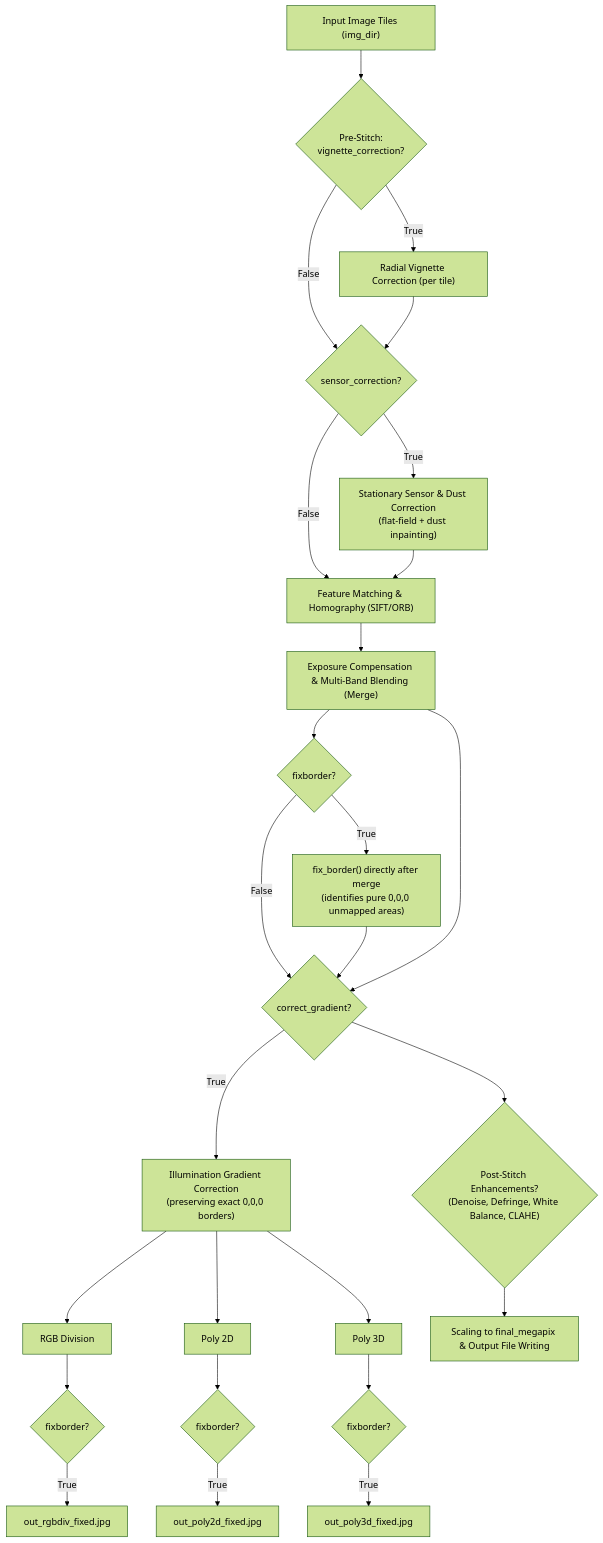
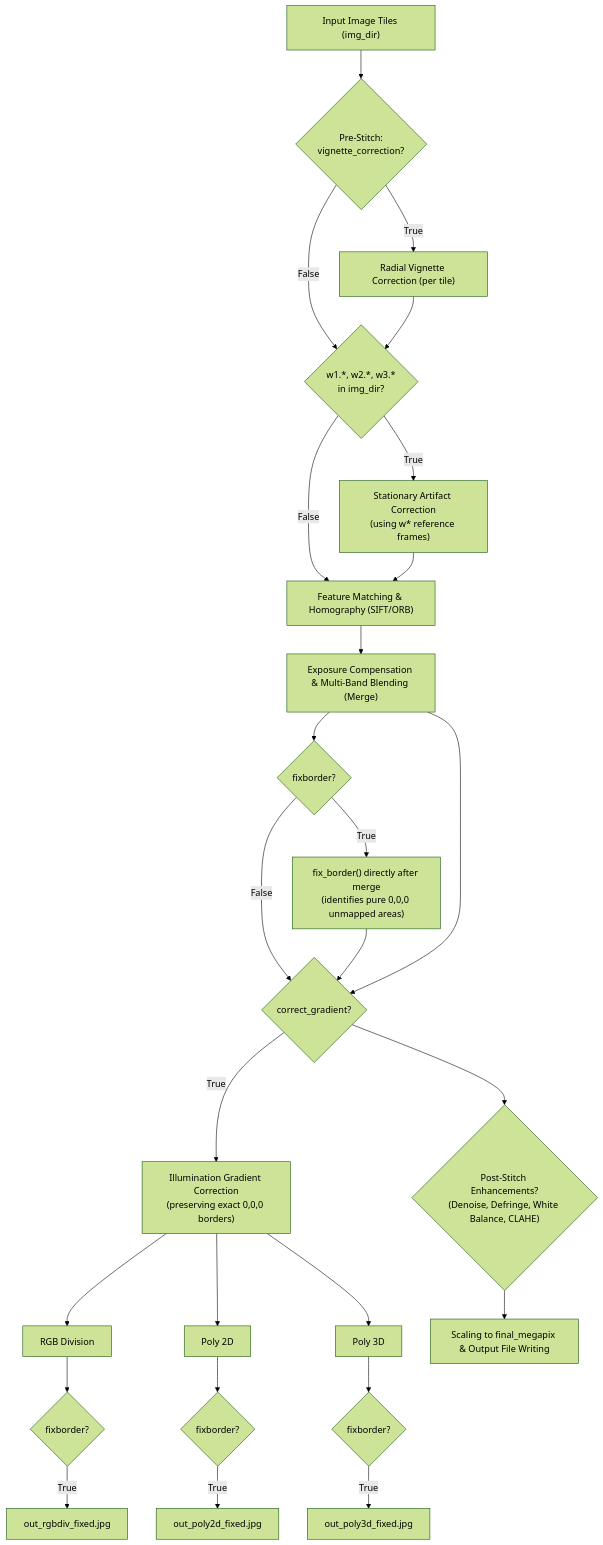
The diagram in readme.md (LucasFoe/LfStitch), drawn with Mermaid (forest theme) before and after one commit. The commit also changed other lines of this file and 61 other files, not shown here.

Commit message:
Remove CUDA logic; use w1/w2/w3 reference frames for artifact correction

````diff
--- a/readme.md
+++ b/readme.md
@@ -17,28 +17,28 @@
 ```mermaid
 flowchart TD
     A["Input Image Tiles (img_dir)"] --> B{"Pre-Stitch:<br>vignette_correction?"}
     B -- True --> C["Radial Vignette Correction (per tile)"]
-    B -- False --> S{"sensor_correction?"}
+    B -- False --> S{"w1.*, w2.*, w3.*<br>in img_dir?"}
     C --> S
-    S -- True --> S1["Stationary Sensor & Dust Correction<br>(flat-field + dust inpainting)"]
+    S -- True --> S1["Stationary Artifact Correction<br>(using w* reference frames)"]
     S -- False --> D["Feature Matching & Homography (SIFT/ORB)"]
     S1 --> D
     D --> E["Exposure Compensation & Multi-Band Blending (Merge)"]
     E --> F{"fixborder?"}
     F -- True --> F1["fix_border() directly after merge<br>(identifies pure 0,0,0 unmapped areas)"]
     F -- False --> G{"correct_gradient?"}
     F1 --> G
     E --> G
     G -- True --> H["Illumination Gradient Correction<br>(preserving exact 0,0,0 borders)"]
     H --> H1["RGB Division"]
     H --> H2["Poly 2D"]
     H --> H3["Poly 3D"]
     H1 --> I1{"fixborder?"}
     H2 --> I2{"fixborder?"}
     H3 --> I3{"fixborder?"}
     I1 -- True --> J1["out_rgbdiv_fixed.jpg"]
     I2 -- True --> J2["out_poly2d_fixed.jpg"]
     I3 -- True --> J3["out_poly3d_fixed.jpg"]
     G --> K{"Post-Stitch Enhancements?<br>(Denoise, Defringe, White Balance, CLAHE)"}
     K --> L["Scaling to final_megapix & Output File Writing"]
 ```
````
